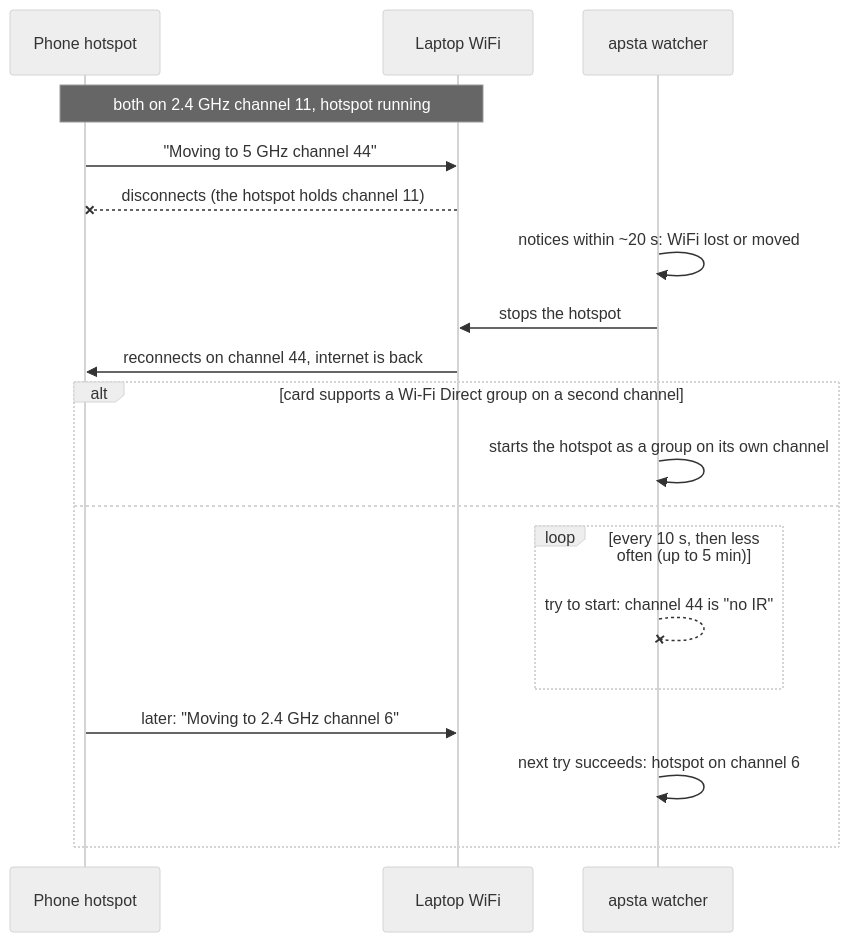
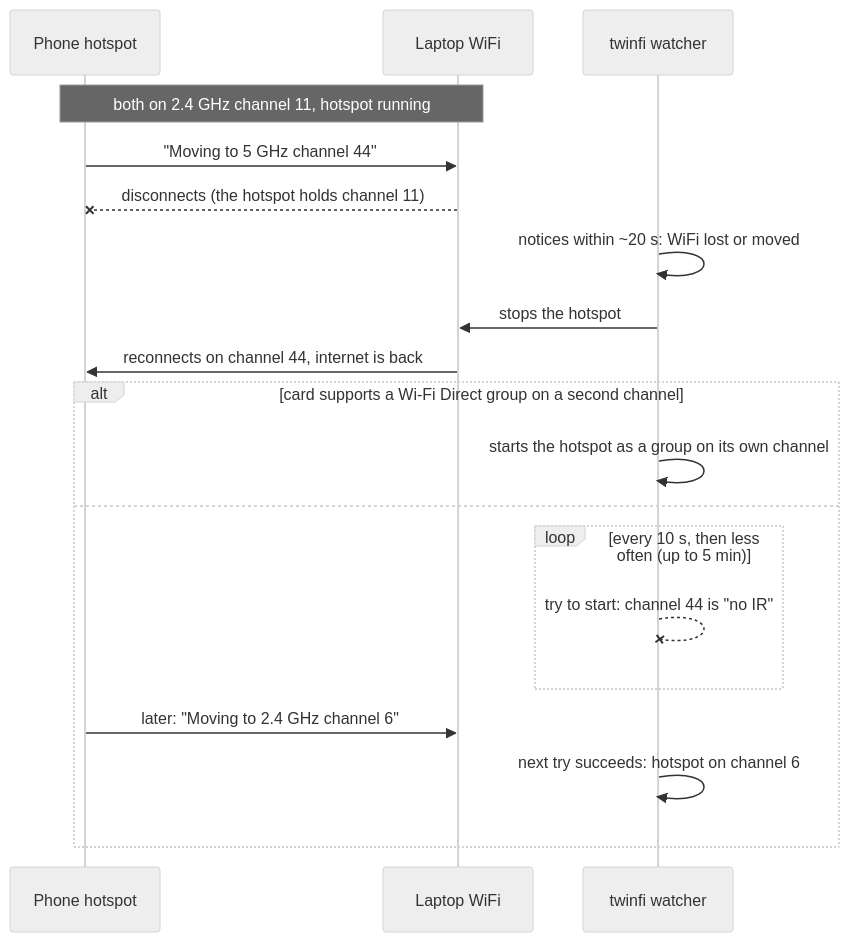
One commit to krotrn/apsta changed the second of 2 diagrams in docs/5ghz-wifi.md. Above: the diagram before and after it, drawn with Mermaid (neutral theme). The commit also changed other lines of this file and 204 other files, not shown here.

First line of the commit message:
feat!: rename apsta to twinfi

````diff
--- a/docs/5ghz-wifi.md
+++ b/docs/5ghz-wifi.md
@@ -110,21 +110,21 @@
 ```mermaid
 sequenceDiagram
     participant P as Phone hotspot
     participant L as Laptop WiFi
-    participant W as apsta watcher
+    participant W as twinfi watcher
     Note over P,L: both on 2.4 GHz channel 11, hotspot running
     P->>L: "Moving to 5 GHz channel 44"
     L--xP: disconnects (the hotspot holds channel 11)
     W->>W: notices within ~20 s: WiFi lost or moved
     W->>L: stops the hotspot
     L->>P: reconnects on channel 44, internet is back
     alt card supports a Wi-Fi Direct group on a second channel
         W->>W: starts the hotspot as a group on its own channel
     else
         loop every 10 s, then less often (up to 5 min)
             W--xW: try to start: channel 44 is "no IR"
         end
         P->>L: later: "Moving to 2.4 GHz channel 6"
         W->>W: next try succeeds: hotspot on channel 6
     end
 ```
````
